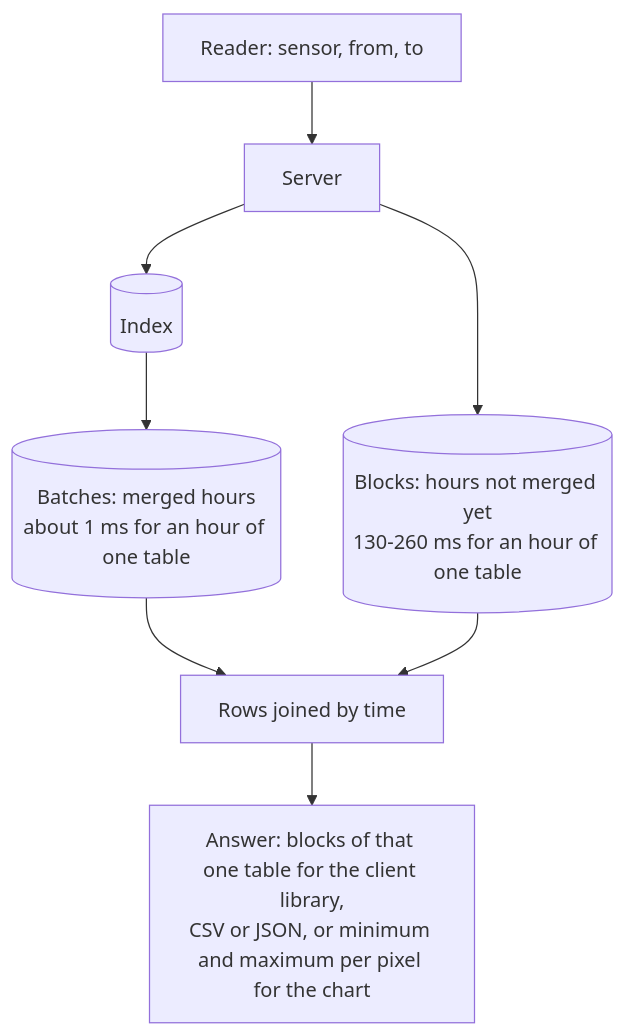
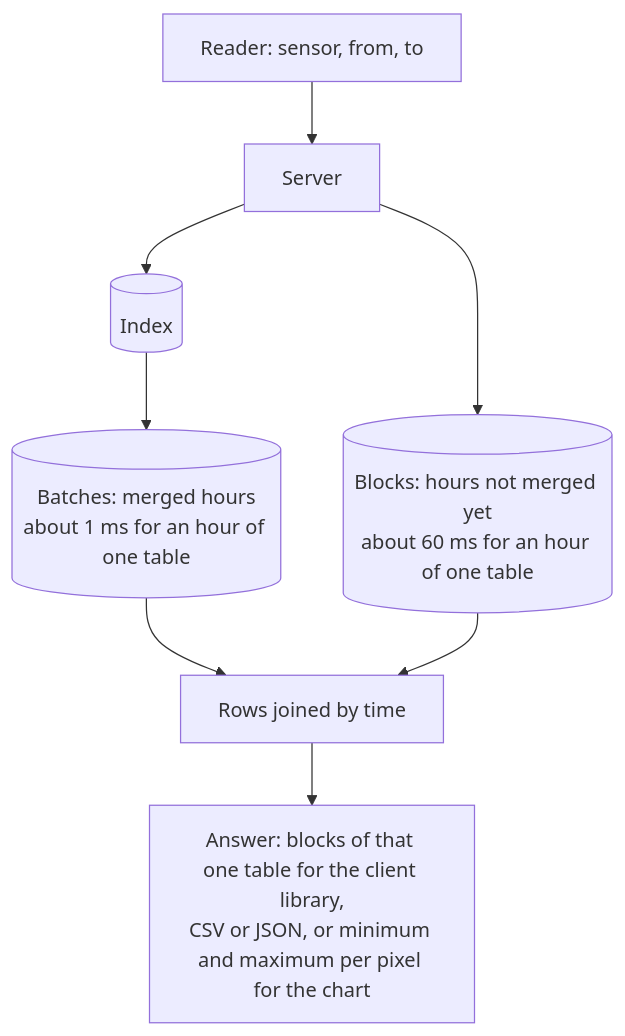
One commit to SoftFx/Hierarchical-Sensor-Monitoring changed the second of 2 diagrams in docs/initiatives/table-sensors.md. Above: the diagram before and after it, drawn with Mermaid. The commit also changed other lines of this file and 1 other file, not shown here.

First line of the commit message:
Replace the three-minute estimates by the real-hour measurement

````diff
--- a/docs/initiatives/table-sensors.md
+++ b/docs/initiatives/table-sensors.md
@@ -190,10 +203,10 @@
 ```mermaid
 flowchart TD
     R["Reader: sensor, from, to"] --> S["Server"]
     S --> I[("Index")]
     I --> F[("Batches: merged hours<br/>about 1 ms for an hour of one table")]
-    S --> D[("Blocks: hours not merged yet<br/>130-260 ms for an hour of one table")]
+    S --> D[("Blocks: hours not merged yet<br/>about 60 ms for an hour of one table")]
     F --> J["Rows joined by time"]
     D --> J
     J --> O["Answer: blocks of that one table for the client library,<br/>CSV or JSON, or minimum and maximum per pixel for the chart"]
 ```
````
